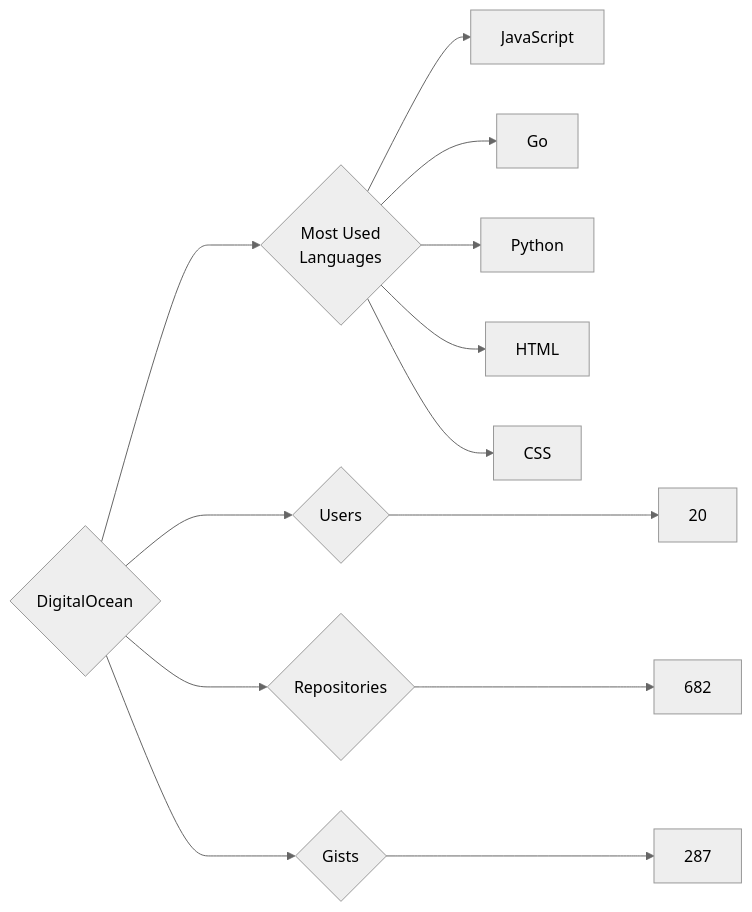
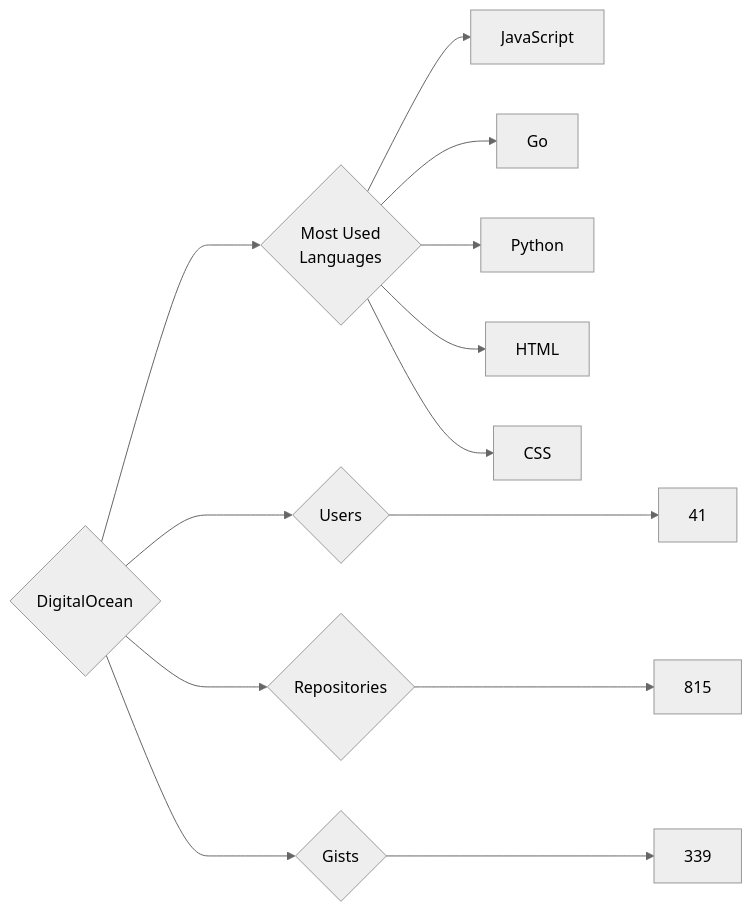
The diagram in targets/DigitalOcean/README.md (trickest/insiders), drawn with Mermaid (neutral theme) before and after one commit. The commit also changed 639 other files, not shown here.

````diff
--- a/targets/DigitalOcean/README.md
+++ b/targets/DigitalOcean/README.md
@@ -3,13 +3,13 @@
 ```mermaid
 graph LR
 COMPANY_NAME{DigitalOcean}
-COMPANY_NAME ---> U{Users} ---> UN[20]
-COMPANY_NAME ---> R{Repositories} ---> RN[682]
-COMPANY_NAME ---> G{Gists} ---> GN[287]
+COMPANY_NAME ---> U{Users} ---> UN[41]
+COMPANY_NAME ---> R{Repositories} ---> RN[815]
+COMPANY_NAME ---> G{Gists} ---> GN[339]
 COMPANY_NAME ---> ML{Most Used<br>Languages}
 ML --> JavaScript[JavaScript]
 ML --> Go[Go]
 ML --> Python[Python]
 ML --> HTML[HTML]
 ML --> CSS[CSS]
 ```
````
